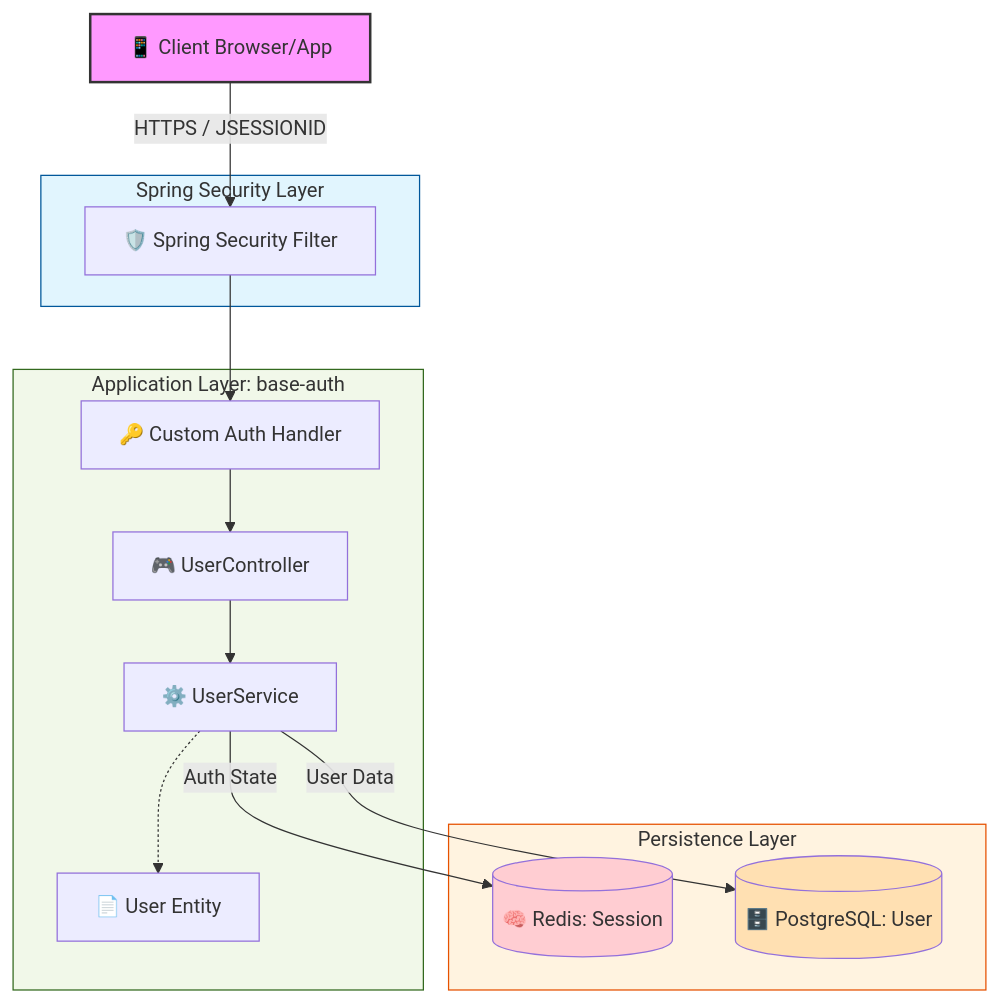
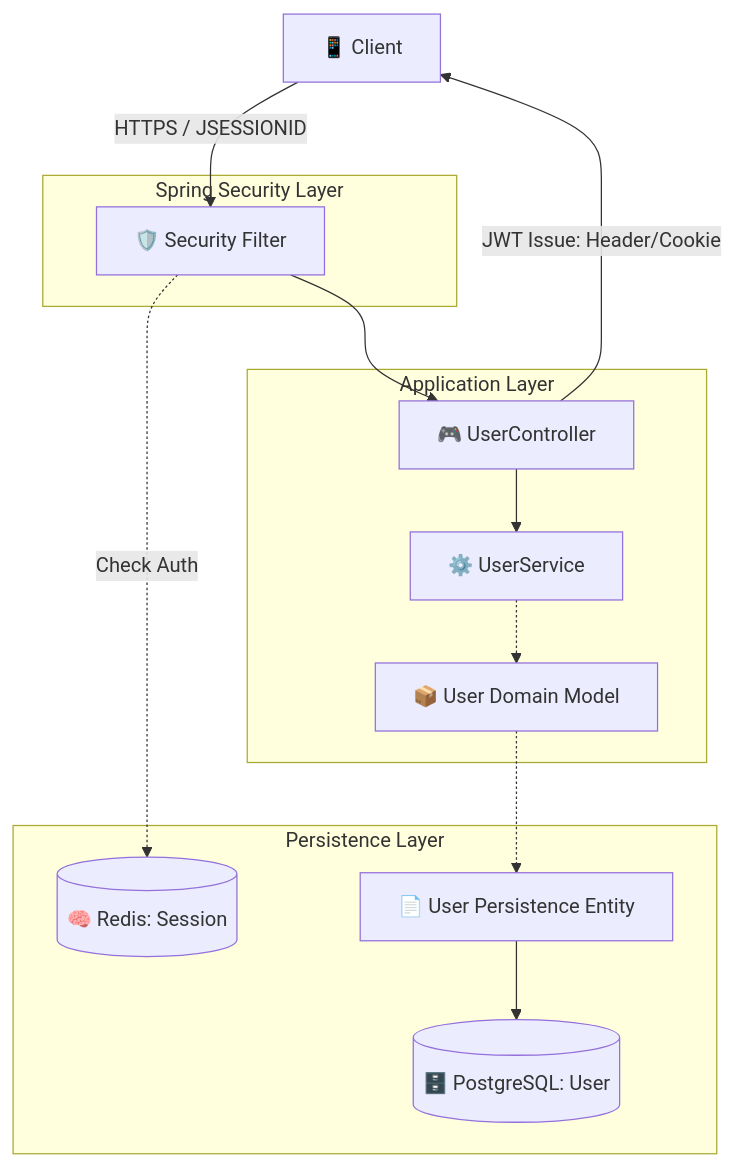
The first of 3 diagrams in docs/architecture/phase2_architecture.md (hello-pebble/base-auth), drawn with Mermaid before and after one commit. The commit also changed other lines of this file and 22 other files, not shown here.

Commit message:
feat: implement Phase 2 JWT authentication and Redis RTR integration

````diff
--- a/docs/architecture/phase2_architecture.md
+++ b/docs/architecture/phase2_architecture.md
@@ -3,39 +6,30 @@
 ```mermaid
 graph TD
-    %% 노드 정의
-    Client[📱 Client Browser/App]
+    Client[📱 Client]
     
     subgraph Security_Layer [Spring Security Layer]
-        Security[🛡️ Spring Security Filter]
+        Security[🛡️ Security Filter]
     end
 
-    subgraph App_Layer [Application Layer: base-auth]
-        AuthHandler[🔑 Custom Auth Handler]
+    subgraph App_Layer [Application Layer]
         Controller[🎮 UserController]
         Service[⚙️ UserService]
-        Entity[📄 User Entity]
+        Domain[📦 User Domain Model]
     end
 
     subgraph Persistence_Layer [Persistence Layer]
-        Redis[(🧠 Redis: Session )]
-        DB[(🗄️ PostgreSQL: User )]
+        Redis_Session[(🧠 Redis: Session)]
+        Entity[📄 User Persistence Entity]
+        DB[(🗄️ PostgreSQL: User)]
     end
 
-    %% 연결 관계
     Client -->|HTTPS / JSESSIONID| Security
-    Security --> AuthHandler
-    AuthHandler --> Controller
+    Security --> Controller
+    Controller -->|JWT Issue: Header/Cookie| Client
     Controller --> Service
-    Service -.-> Entity
+    Service -.-> Domain
+    Domain -.-> Entity
+    Entity --> DB
     
-    Service -->|Auth State| Redis
-    Service -->|User Data| DB
-
-    %% 스타일 설정
-    style Client fill:#f9f,stroke:#333,stroke-width:2px
-    style Security_Layer fill:#e1f5fe,stroke:#01579b
-    style App_Layer fill:#f1f8e9,stroke:#33691e
-    style Persistence_Layer fill:#fff3e0,stroke:#e65100
-    style Redis fill:#ffcdd2
-    style DB fill:#ffe0b2
+    Security -.->|Check Auth| Redis_Session
 ```
````
